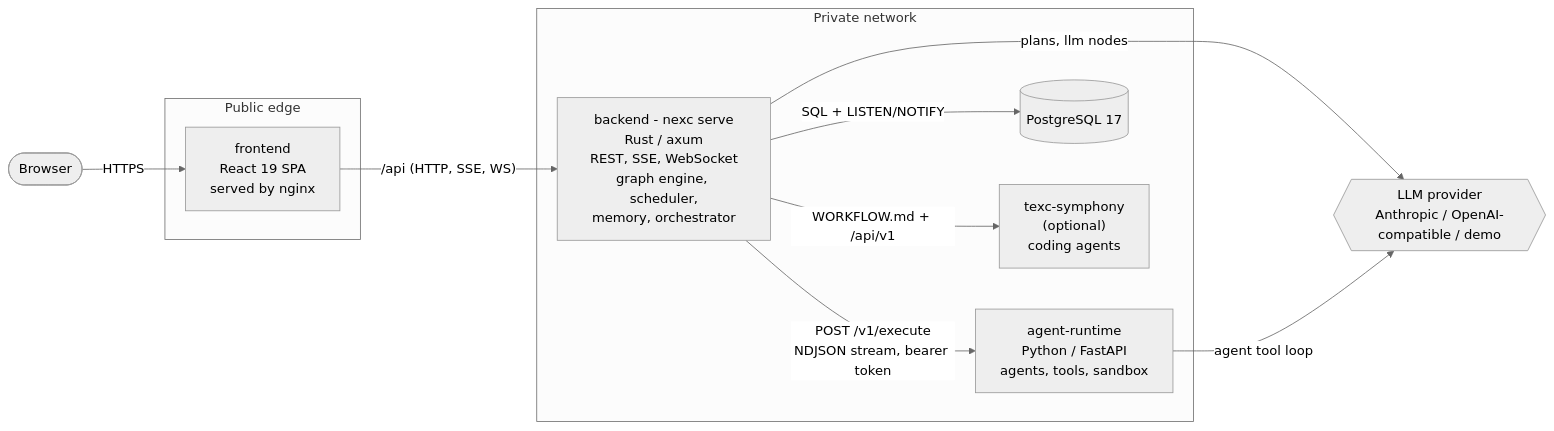
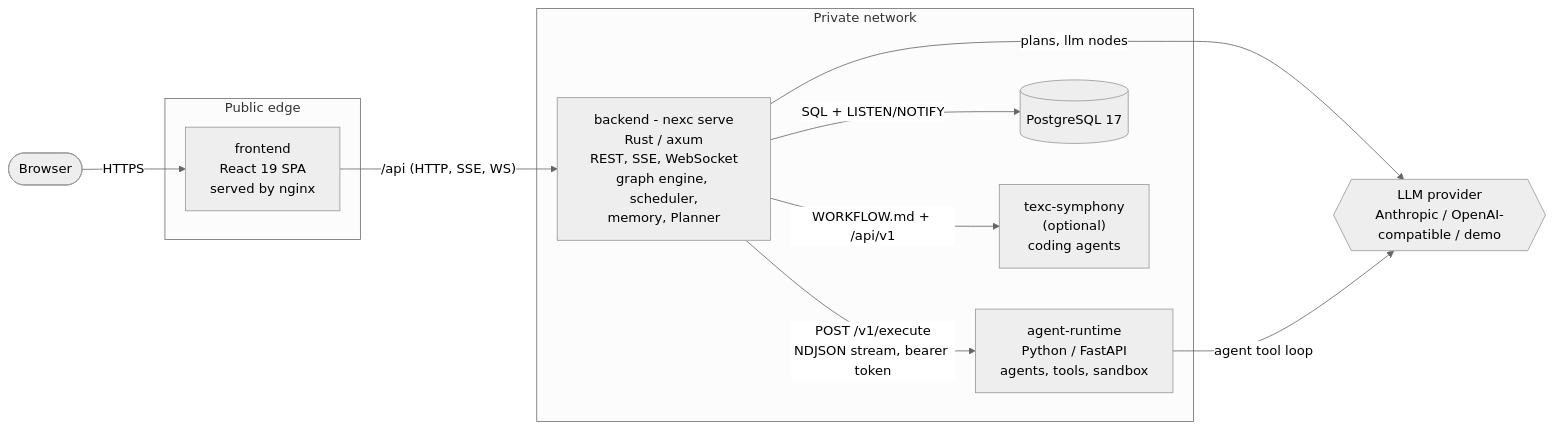
One commit to f8fvwgzc/nexc-engine changed the diagram in README.md. Above: the diagram before and after it, drawn with Mermaid (neutral theme). The commit also changed other lines of this file and 306 other files, not shown here.

````diff
--- a/README.md
+++ b/README.md
@@ -170,25 +170,25 @@
 ```mermaid
 flowchart LR
     user([Browser])
 
     subgraph edge[Public edge]
         web["frontend<br/>React 19 SPA<br/>served by nginx"]
     end
 
     subgraph core[Private network]
-        api["backend - nexc serve<br/>Rust / axum<br/>REST, SSE, WebSocket<br/>graph engine, scheduler,<br/>memory, orchestrator"]
+        api["backend - nexc serve<br/>Rust / axum<br/>REST, SSE, WebSocket<br/>graph engine, scheduler,<br/>memory, Planner"]
         rt["agent-runtime<br/>Python / FastAPI<br/>agents, tools, sandbox"]
         db[("PostgreSQL 17")]
         sym["texc-symphony<br/>(optional)<br/>coding agents"]
     end
 
     llm{{"LLM provider<br/>Anthropic / OpenAI-compatible / demo"}}
 
     user -- "HTTPS" --> web
     web -- "/api (HTTP, SSE, WS)" --> api
     api -- "SQL + LISTEN/NOTIFY" --> db
     api -- "POST /v1/execute<br/>NDJSON stream, bearer token" --> rt
     api -- "WORKFLOW.md + /api/v1" --> sym
     api -- "plans, llm nodes" --> llm
     rt -- "agent tool loop" --> llm
 ```
````
